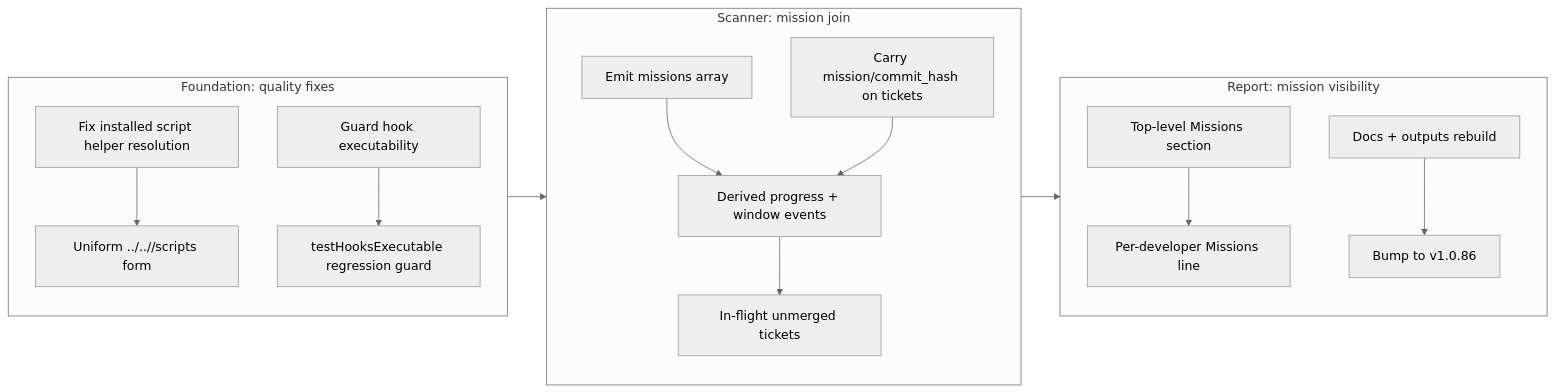
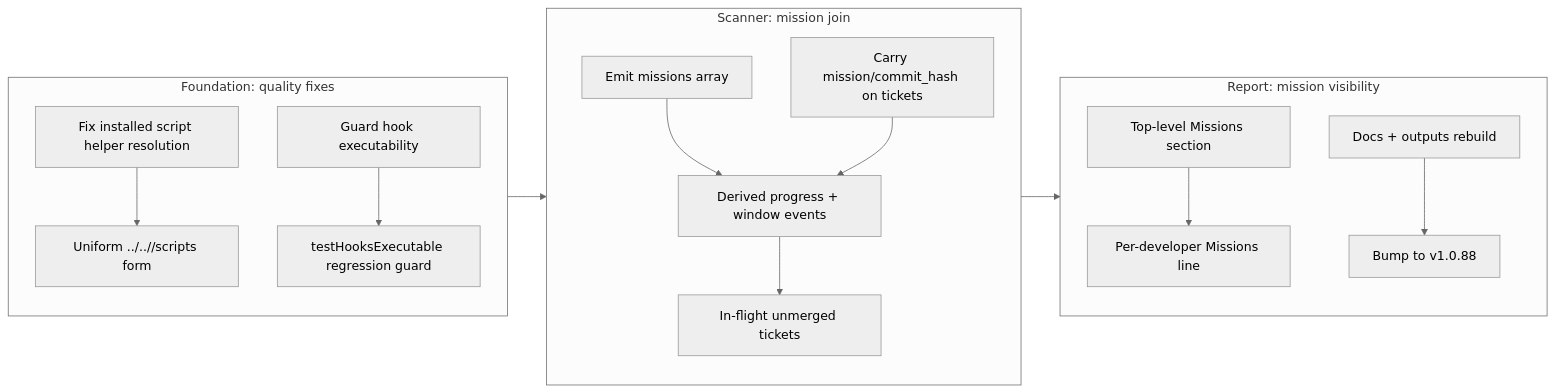
The diagram in .workaholic/stories/work-20260707-104047.md (qmu/workaholic), drawn with Mermaid (neutral theme) before and after one commit. The commit also changed other lines of this file and 1 other file, not shown here.

Commit message:
Correct story version to v1.0.88 after reconcile

````diff
--- a/.workaholic/stories/work-20260707-104047.md
+++ b/.workaholic/stories/work-20260707-104047.md
@@ -26,21 +26,21 @@
 ```mermaid
 flowchart LR
   subgraph Phase1[Foundation: quality fixes]
     direction TB
     a1[Fix installed script helper resolution] --> a2[Uniform ../../<skill>/scripts form]
     a3[Guard hook executability] --> a4[testHooksExecutable regression guard]
   end
   subgraph Phase2[Scanner: mission join]
     direction TB
     b1[Emit missions array] --> b2[Derived progress + window events]
     b3[Carry mission/commit_hash on tickets] --> b2
     b2 --> b4[In-flight unmerged tickets]
   end
   subgraph Phase3[Report: mission visibility]
     direction TB
     c1[Top-level Missions section] --> c2[Per-developer Missions line]
-    c3[Docs + outputs rebuild] --> c4[Bump to v1.0.86]
+    c3[Docs + outputs rebuild] --> c4[Bump to v1.0.88]
   end
   Phase1 --> Phase2
   Phase2 --> Phase3
 ```
````
